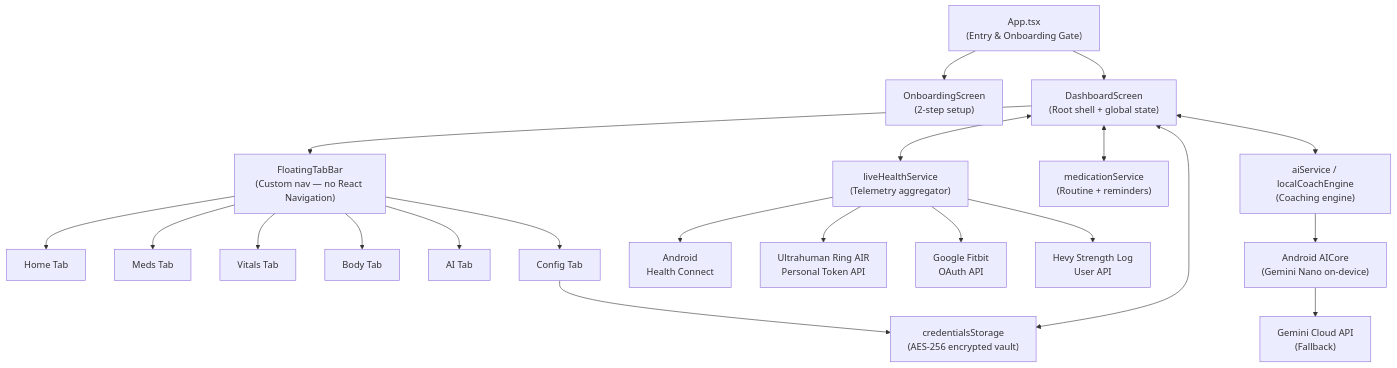
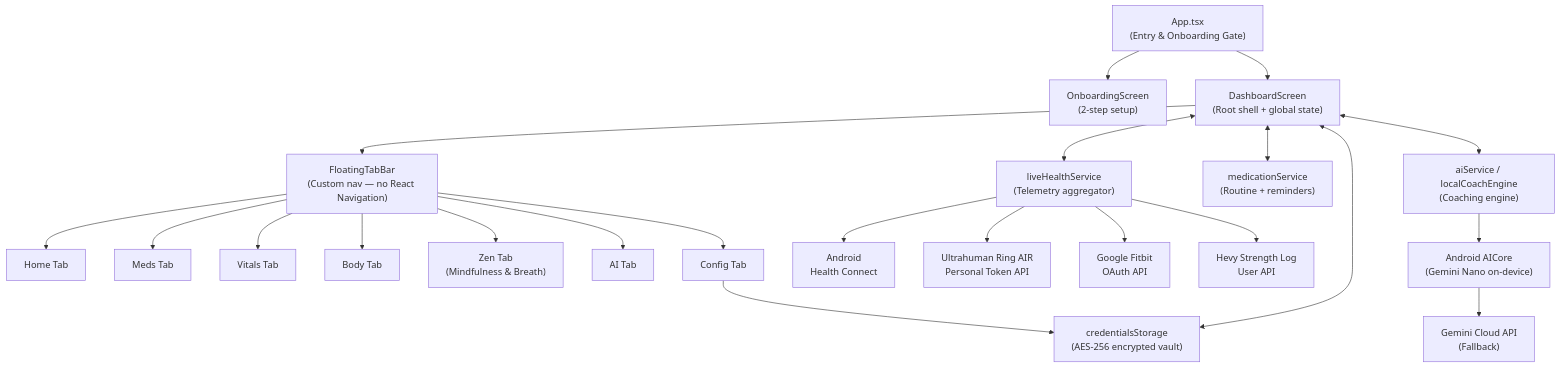
Before and after one commit to Novartus/odin-eye: the diagram in docs/ARCHITECTURE.md, drawn with Mermaid. The commit also changed other lines of this file and 57 other files, not shown here.

Commit message:
feat: add Android home screen widgets, ambient audio service, mindfulness view, and sleep architecture card

````diff
--- a/docs/ARCHITECTURE.md
+++ b/docs/ARCHITECTURE.md
@@ -9,40 +9,41 @@
 ```mermaid
 flowchart TD
     Entry["App.tsx\n(Entry & Onboarding Gate)"]
     Onboarding["OnboardingScreen\n(2-step setup)"]
     Dashboard["DashboardScreen\n(Root shell + global state)"]
     TabBar["FloatingTabBar\n(Custom nav — no React Navigation)"]
 
     Home["Home Tab"]
     Meds["Meds Tab"]
     Vitals["Vitals Tab"]
     Body["Body Tab"]
+    Zen["Zen Tab\n(Mindfulness & Breath)"]
     AI["AI Tab"]
     Config["Config Tab"]
 
     LiveSvc["liveHealthService\n(Telemetry aggregator)"]
     MedSvc["medicationService\n(Routine + reminders)"]
     AISvc["aiService / localCoachEngine\n(Coaching engine)"]
     CredsStore["credentialsStorage\n(AES-256 encrypted vault)"]
 
     HC["Android\nHealth Connect"]
     UH["Ultrahuman Ring AIR\nPersonal Token API"]
     Fitbit["Google Fitbit\nOAuth API"]
     Hevy["Hevy Strength Log\nUser API"]
     AICore["Android AICore\n(Gemini Nano on-device)"]
     GeminiCloud["Gemini Cloud API\n(Fallback)"]
 
     Entry --> Onboarding
     Entry --> Dashboard
     Dashboard --> TabBar
-    TabBar --> Home & Meds & Vitals & Body & AI & Config
+    TabBar --> Home & Meds & Vitals & Body & Zen & AI & Config
 
     Dashboard <--> LiveSvc
     Dashboard <--> MedSvc
     Dashboard <--> AISvc
     Dashboard <--> CredsStore
 
     LiveSvc --> HC & UH & Fitbit & Hevy
     AISvc --> AICore --> GeminiCloud
     Config --> CredsStore
 ```
````
